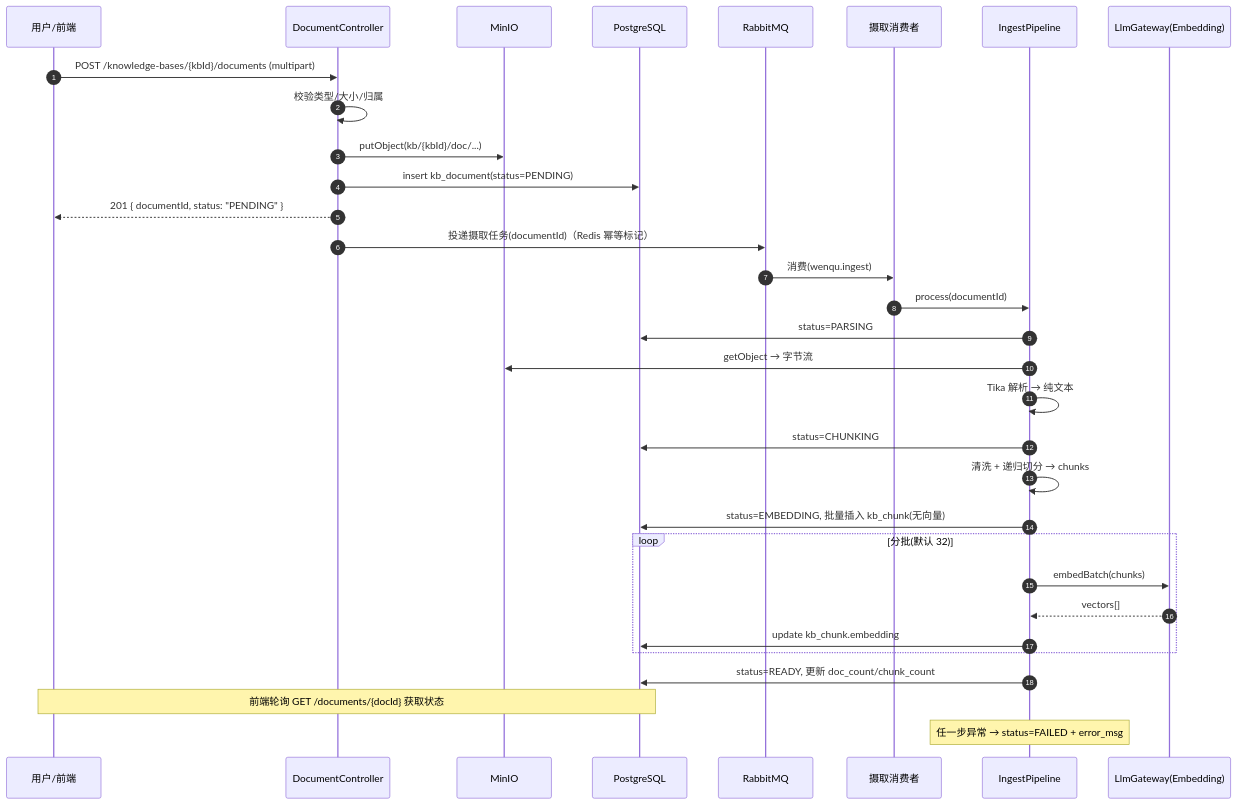
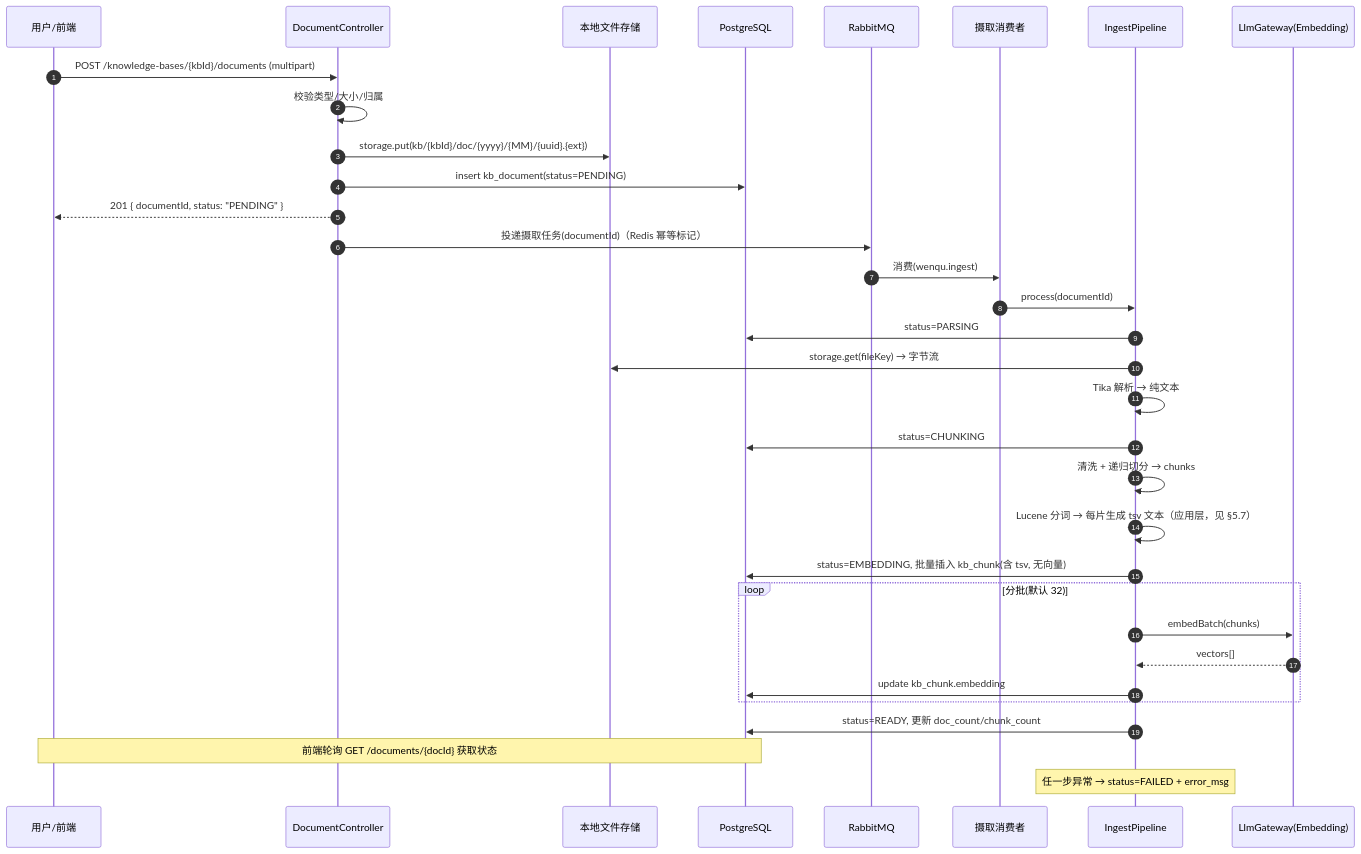
One commit to CBT-keep/WenQu changed the second of 5 diagrams in doc/02-技术架构设计.md. Above: the diagram before and after it, drawn with Mermaid. The commit also changed other lines of this file and 16 other files, not shown here.

````diff
--- a/doc/02-技术架构设计.md
+++ b/doc/02-技术架构设计.md
@@ -161,36 +166,37 @@
 ```mermaid
 sequenceDiagram
   autonumber
   participant U as 用户/前端
   participant C as DocumentController
-  participant M as MinIO
+  participant M as 本地文件存储
   participant DB as PostgreSQL
   participant MQ as RabbitMQ
   participant Q as 摄取消费者
   participant P as IngestPipeline
   participant E as LlmGateway(Embedding)
 
   U->>C: POST /knowledge-bases/{kbId}/documents (multipart)
   C->>C: 校验类型/大小/归属
-  C->>M: putObject(kb/{kbId}/doc/...)
+  C->>M: storage.put(kb/{kbId}/doc/{yyyy}/{MM}/{uuid}.{ext})
   C->>DB: insert kb_document(status=PENDING)
   C-->>U: 201 { documentId, status: "PENDING" }
 
   C->>MQ: 投递摄取任务(documentId)（Redis 幂等标记）
   MQ->>Q: 消费(wenqu.ingest)
   Q->>P: process(documentId)
   P->>DB: status=PARSING
-  P->>M: getObject → 字节流
+  P->>M: storage.get(fileKey) → 字节流
   P->>P: Tika 解析 → 纯文本
   P->>DB: status=CHUNKING
   P->>P: 清洗 + 递归切分 → chunks
-  P->>DB: status=EMBEDDING, 批量插入 kb_chunk(无向量)
+  P->>P: Lucene 分词 → 每片生成 tsv 文本（应用层，见 §5.7）
+  P->>DB: status=EMBEDDING, 批量插入 kb_chunk(含 tsv, 无向量)
   loop 分批(默认 32)
     P->>E: embedBatch(chunks)
     E-->>P: vectors[]
     P->>DB: update kb_chunk.embedding
   end
   P->>DB: status=READY, 更新 doc_count/chunk_count
   Note over U,DB: 前端轮询 GET /documents/{docId} 获取状态
   Note over P: 任一步异常 → status=FAILED + error_msg
 ```
````
